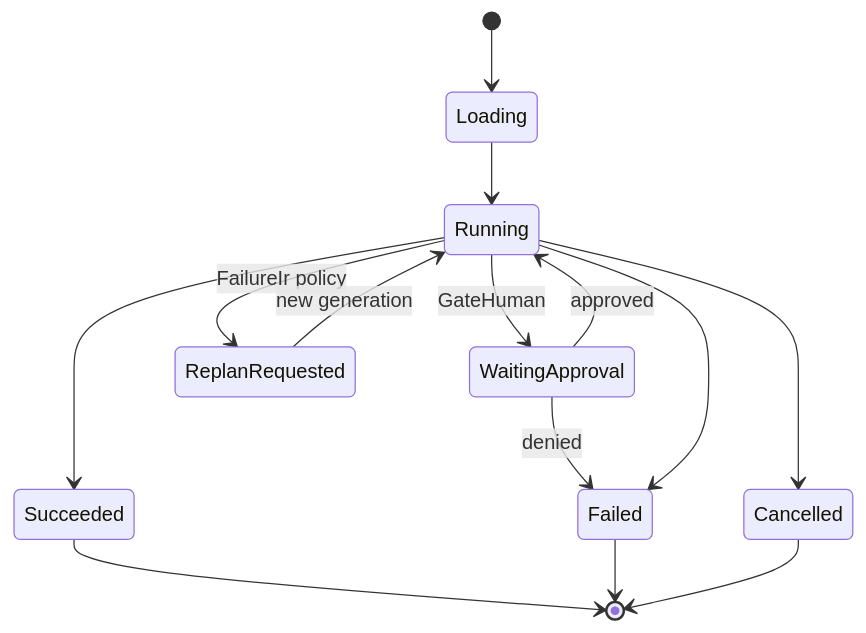
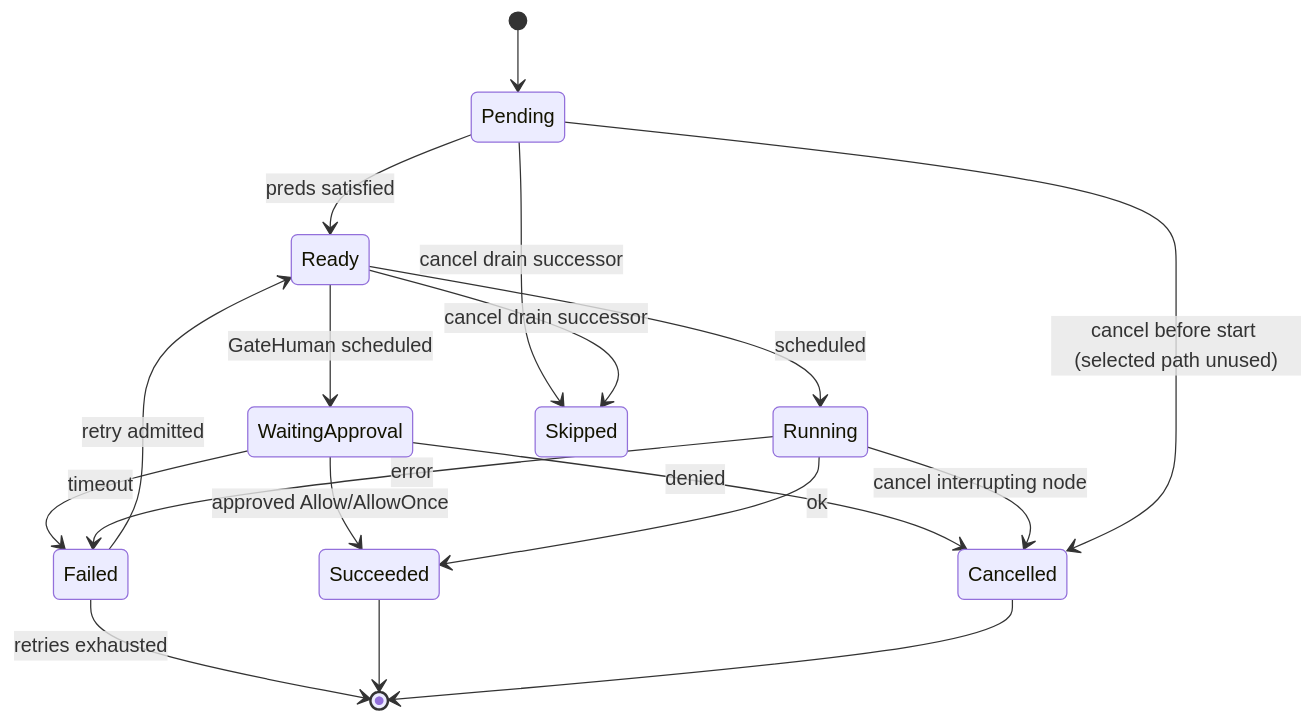
One commit to arkadianet/Alloy changed the third of 3 diagrams in docs/rfcs/RFC-0010-scheduler-runtime-adapters.md. Above: the diagram before and after it, drawn with Mermaid. The commit also changed other lines of this file and 1 other file, not shown here.

````diff
--- a/docs/rfcs/RFC-0010-scheduler-runtime-adapters.md
+++ b/docs/rfcs/RFC-0010-scheduler-runtime-adapters.md
@@ -83,16 +775,20 @@
 ```mermaid
 stateDiagram-v2
-  [*] --> Loading
-  Loading --> Running
-  Running --> WaitingApproval: GateHuman
-  WaitingApproval --> Running: approved
-  WaitingApproval --> Failed: denied
-  Running --> ReplanRequested: FailureIr policy
-  ReplanRequested --> Running: new generation
-  Running --> Succeeded
-  Running --> Failed
-  Running --> Cancelled
+  [*] --> Pending
+  Pending --> Ready: preds satisfied
+  Ready --> WaitingApproval: GateHuman scheduled
+  WaitingApproval --> Succeeded: approved Allow/AllowOnce
+  WaitingApproval --> Cancelled: denied
+  WaitingApproval --> Failed: timeout
+  Ready --> Running: scheduled
+  Running --> Succeeded: ok
+  Running --> Failed: error
+  Failed --> Ready: retry admitted
+  Failed --> [*]: retries exhausted
   Succeeded --> [*]
-  Failed --> [*]
   Cancelled --> [*]
+  Running --> Cancelled: cancel interrupting node
+  Pending --> Skipped: cancel drain successor
+  Ready --> Skipped: cancel drain successor
+  Pending --> Cancelled: cancel before start (selected path unused)
 ```
````
